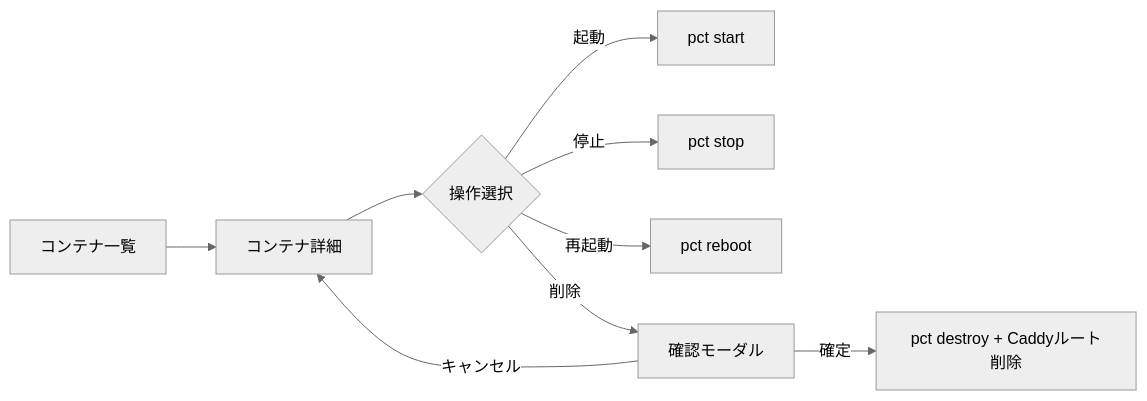
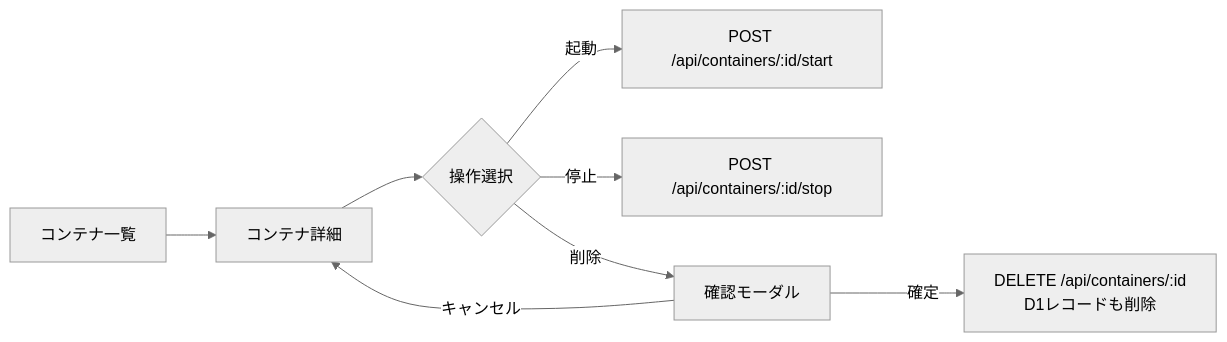
The fourth of 4 diagrams in docs/03_screen-flow_md.md (Yanai1005/jyogiverse), drawn with Mermaid (neutral theme) before and after one commit. The commit also changed other lines of this file and 8 other files, not shown here.

````diff
--- a/docs/03_screen-flow_md.md
+++ b/docs/03_screen-flow_md.md
@@ -94,11 +100,10 @@
 ```mermaid
 flowchart LR
     List[コンテナ一覧] --> Detail[コンテナ詳細]
     Detail --> Action{操作選択}
-    Action -->|起動| Start[pct start]
-    Action -->|停止| Stop[pct stop]
-    Action -->|再起動| Restart[pct reboot]
+    Action -->|起動| Start[POST /api/containers/:id/start]
+    Action -->|停止| Stop[POST /api/containers/:id/stop]
     Action -->|削除| Confirm[確認モーダル]
-    Confirm -->|確定| Delete[pct destroy + Caddyルート削除]
+    Confirm -->|確定| Delete[DELETE /api/containers/:id\nD1レコードも削除]
     Confirm -->|キャンセル| Detail
 ```
````
